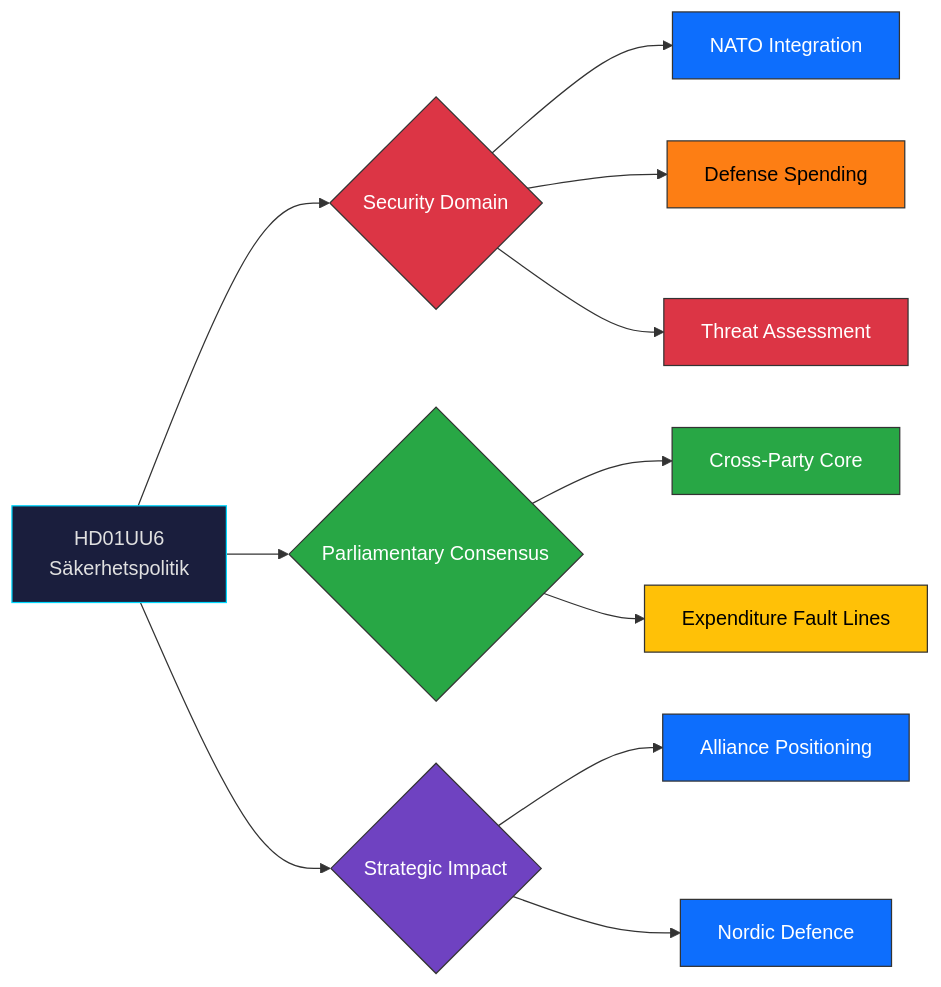
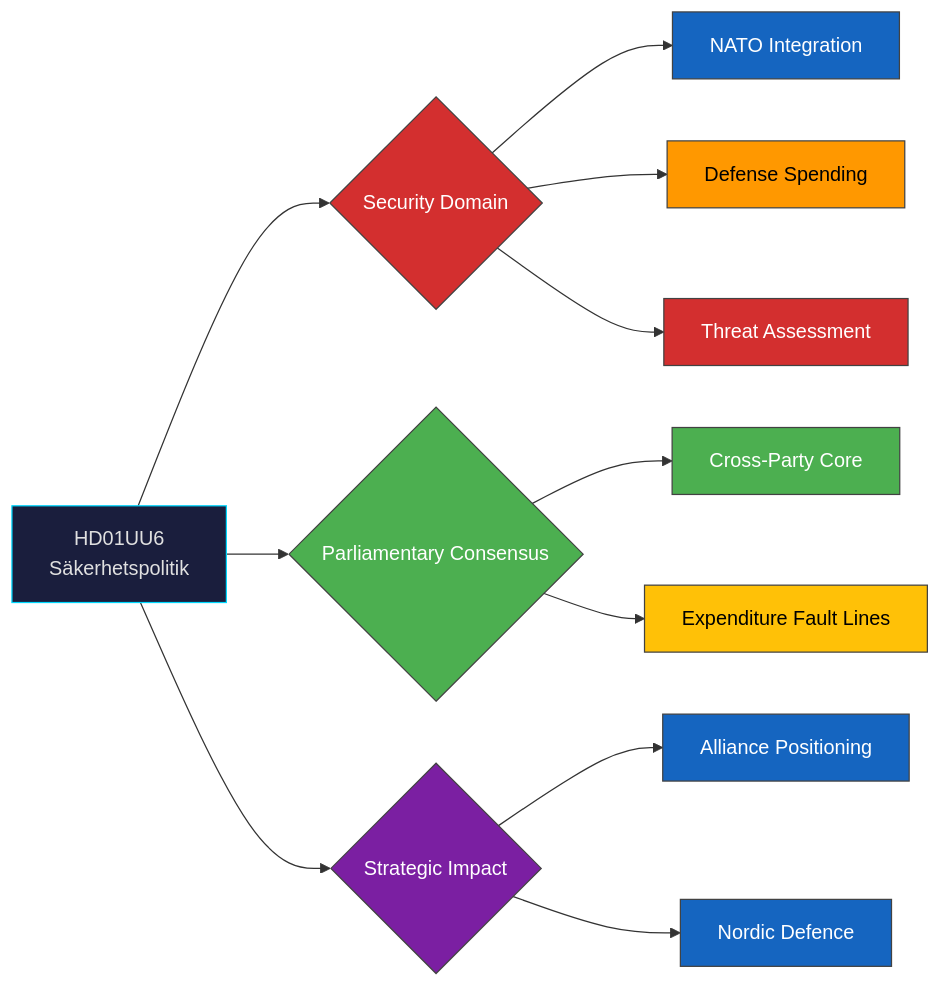
One commit to Hack23/riksdagsmonitor changed the first of 2 diagrams in analysis/daily/2026-03-31/documents/HD01UU6-analysis.md. Above: the diagram before and after it, drawn with Mermaid. The commit also changed other lines of this file and 785 other files, not shown here.

First line of the commit message:
Normalize mermaid colors across 786 analysis artifacts to ISMS Style Guide palette

````diff
--- a/analysis/daily/2026-03-31/documents/HD01UU6-analysis.md
+++ b/analysis/daily/2026-03-31/documents/HD01UU6-analysis.md
@@ -27,24 +27,24 @@
 ```mermaid
 graph LR
     A["HD01UU6<br/>Säkerhetspolitik"] --> B{Security Domain}
     B --> C["NATO Integration"]
     B --> D["Defense Spending"]
     B --> E["Threat Assessment"]
     A --> F{Parliamentary Consensus}
     F --> G["Cross-Party Core"]
     F --> H["Expenditure Fault Lines"]
     A --> I{Strategic Impact}
     I --> J["Alliance Positioning"]
     I --> K["Nordic Defence"]
     style A fill:#1a1e3d,stroke:#00d9ff,color:#e0e0e0
-    style B fill:#dc3545,stroke:#333,color:#fff
-    style C fill:#0d6efd,stroke:#333,color:#fff
-    style D fill:#fd7e14,stroke:#333,color:#000
-    style E fill:#dc3545,stroke:#333,color:#fff
-    style F fill:#28a745,stroke:#333,color:#fff
-    style G fill:#28a745,stroke:#333,color:#fff
-    style H fill:#ffc107,stroke:#333,color:#000
-    style I fill:#6f42c1,stroke:#333,color:#fff
-    style J fill:#0d6efd,stroke:#333,color:#fff
-    style K fill:#0d6efd,stroke:#333,color:#fff
+    style B fill:#D32F2F,stroke:#424242,color:#FFFFFF
+    style C fill:#1565C0,stroke:#424242,color:#FFFFFF
+    style D fill:#FF9800,stroke:#424242,color:#000000
+    style E fill:#D32F2F,stroke:#424242,color:#FFFFFF
+    style F fill:#4CAF50,stroke:#424242,color:#FFFFFF
+    style G fill:#4CAF50,stroke:#424242,color:#FFFFFF
+    style H fill:#FFC107,stroke:#424242,color:#000000
+    style I fill:#7B1FA2,stroke:#424242,color:#FFFFFF
+    style J fill:#1565C0,stroke:#424242,color:#FFFFFF
+    style K fill:#1565C0,stroke:#424242,color:#FFFFFF
 ```
````
